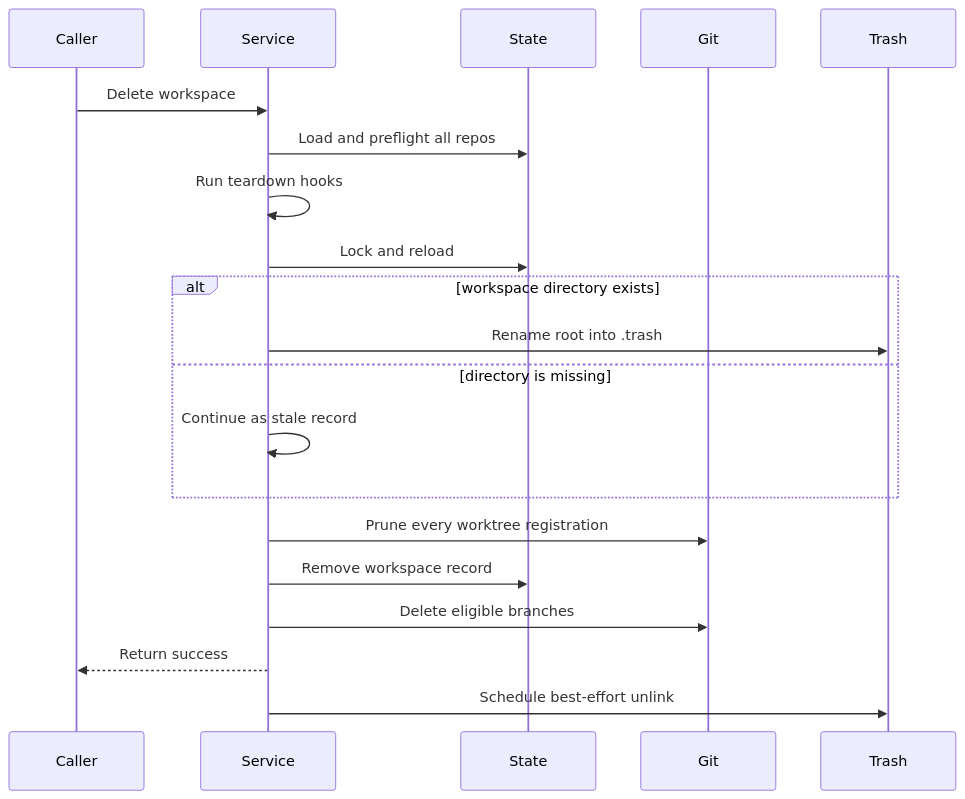
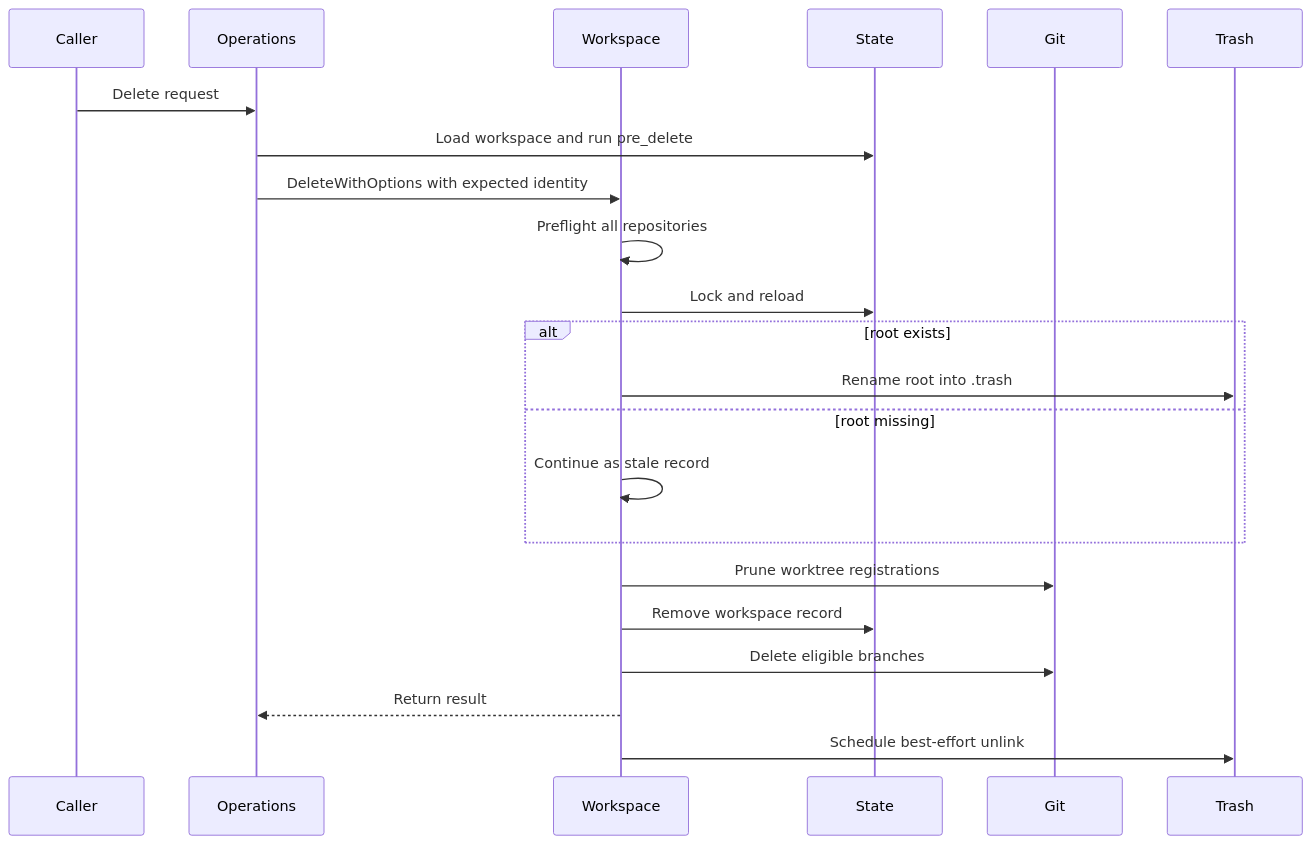
The third of 3 diagrams in openwiki/testing.md (nicksenap/grove), drawn with Mermaid before and after one commit. The commit also changed other lines of this file and 13 other files, not shown here.

Commit message:
prune: attempt every candidate, report per-workspace failures; drop OlderThan

````diff
--- a/openwiki/testing.md
+++ b/openwiki/testing.md
@@ -96,22 +134,24 @@
 ```mermaid
 sequenceDiagram
     participant Caller
-    participant Service
+    participant Operations
+    participant Workspace
     participant State
     participant Git
     participant Trash
-    Caller->>Service: Delete workspace
-    Service->>State: Load and preflight all repos
-    Service->>Service: Run teardown hooks
-    Service->>State: Lock and reload
-    alt workspace directory exists
-        Service->>Trash: Rename root into .trash
-    else directory is missing
-        Service->>Service: Continue as stale record
+    Caller->>Operations: Delete request
+    Operations->>State: Load workspace and run pre_delete
+    Operations->>Workspace: DeleteWithOptions with expected identity
+    Workspace->>Workspace: Preflight all repositories
+    Workspace->>State: Lock and reload
+    alt root exists
+        Workspace->>Trash: Rename root into .trash
+    else root missing
+        Workspace->>Workspace: Continue as stale record
     end
-    Service->>Git: Prune every worktree registration
-    Service->>State: Remove workspace record
-    Service->>Git: Delete eligible branches
-    Service-->>Caller: Return success
-    Service->>Trash: Schedule best-effort unlink
+    Workspace->>Git: Prune worktree registrations
+    Workspace->>State: Remove workspace record
+    Workspace->>Git: Delete eligible branches
+    Workspace-->>Operations: Return result
+    Workspace->>Trash: Schedule best-effort unlink
 ```
````
